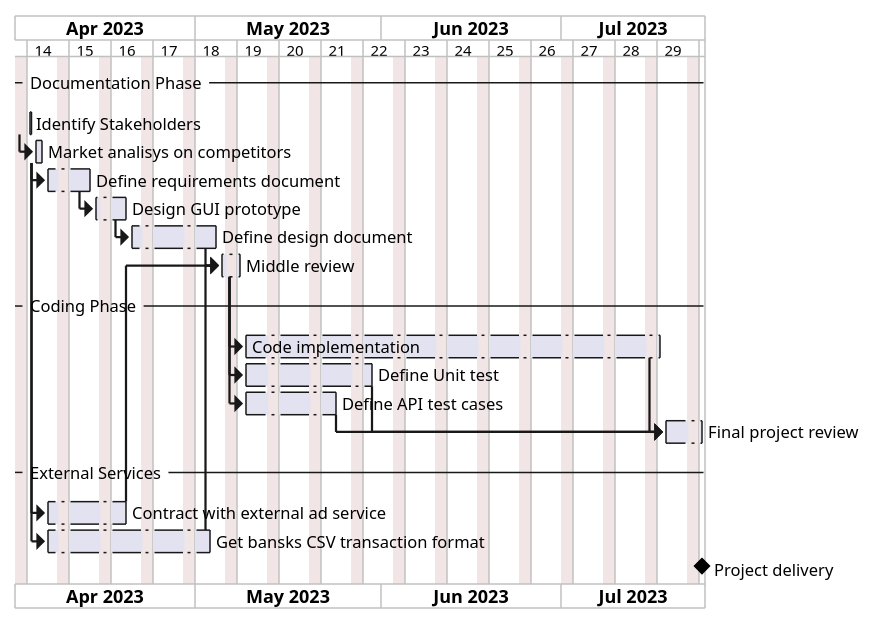
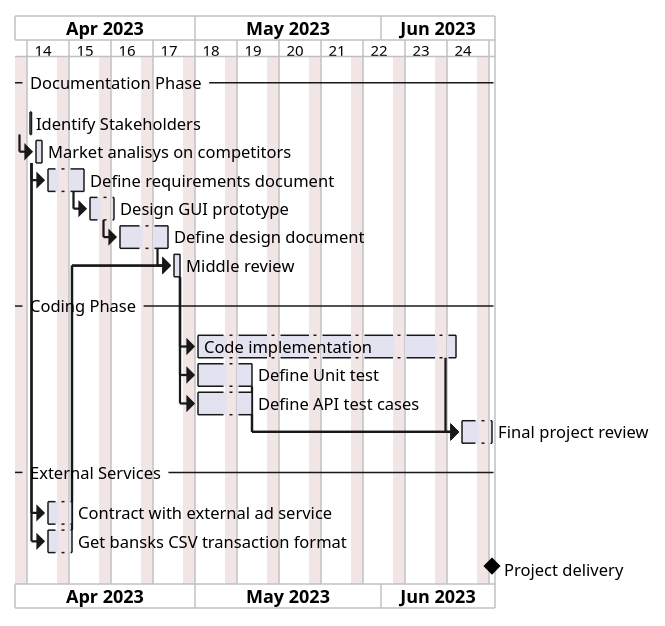
The diagram in EstimationV2.md (lara-m2000/ezwallet), drawn with PlantUML before and after one commit. The commit also changed other lines of this file, not shown here.

````diff
--- a/EstimationV2.md
+++ b/EstimationV2.md
@@ -61,54 +61,54 @@
 ```plantuml
 @startgantt
 Project starts 1st of April 2023
 printscale weekly
 saturday are closed
 sunday are closed
 
 -- Documentation Phase --
 
 [Identify Stakeholders] as [stake] lasts 1 day
 [Market analisys on competitors] as [market] lasts 2 day
-[Define requirements document] as [req] lasts 6 day
-[Design GUI prototype] as [gui] lasts 4 day
-[Define design document] as [design] lasts 11 day
+[Define requirements document] as [req] lasts 5 day
+[Design GUI prototype] as [gui] lasts 3 day
+[Define design document] as [design] lasts 7 day
 [Middle review] as [mrev] lasts 2 day
 
 -- Coding Phase --
 
-[Code implementation] as [code] lasts 50 day
-[Define Unit test] as [unit] lasts 16 day
-[Define API test cases] as [api] lasts 12 day
-[Final project review] as [rev] lasts 5 day
+[Code implementation] as [code] lasts 32 day
+[Define Unit test] as [unit] lasts 8 day
+[Define API test cases] as [api] lasts 8 day
+[Final project review] as [rev] lasts 4 day
 
 
 [stake] -> [market]
 [market] -> [req]
 [req] -> [gui]
 [gui] -> [design]
 [design] -> [mrev]
 
 [mrev] -> [code]
 [mrev] -> [unit]
 [mrev] -> [api]
 
 [code] -> [rev]
 [unit] -> [rev]
 [api] -> [rev]
 
 
 -- External Services --
 
-[Contract with external ad service] as [adc] lasts 10 day
-[Get bansks CSV transaction format] as [csv] lasts 20 day
+[Contract with external ad service] as [adc] lasts 3 day
+[Get bansks CSV transaction format] as [csv] lasts 3 day
 
 [market] -> [adc]
 [market] -> [csv]
 
 [adc] -> [mrev]
 [csv] -> [mrev]
 
 [Project delivery] happens at [rev]'s end
 
 @endgantt
 ```
````
